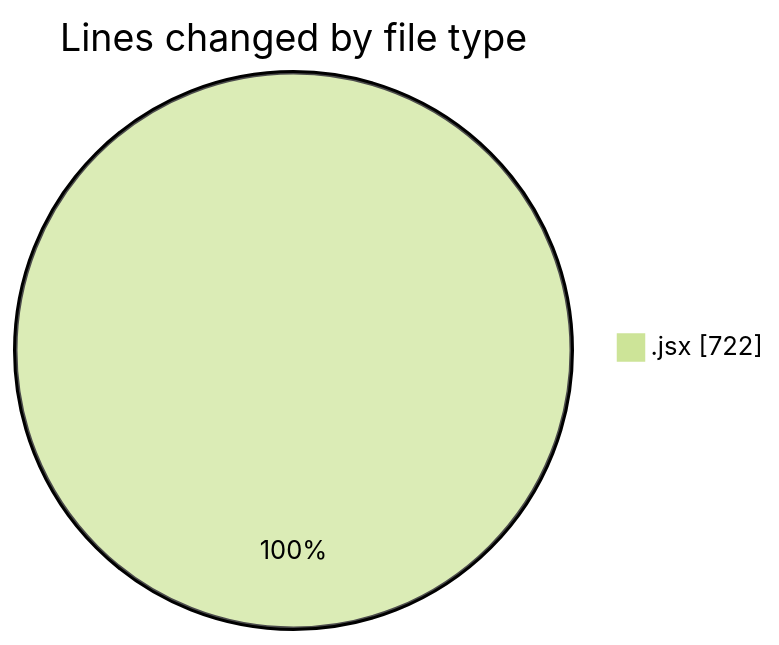
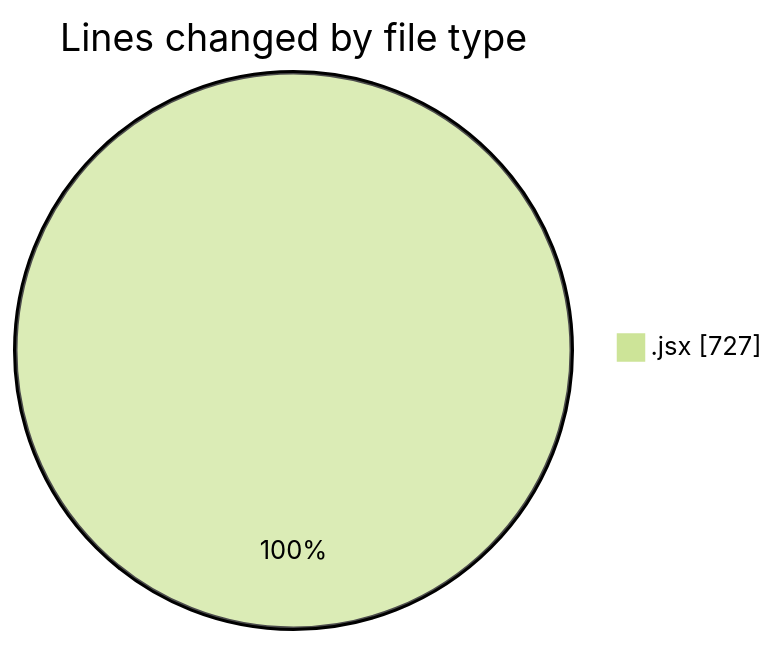
The first of 2 diagrams in 2025-02-24/elitesgpt/README.md (Elitesun/code-tracking), drawn with Mermaid (forest theme) before and after one commit. The commit also changed other lines of this file and 1 other file, not shown here.

````diff
--- a/2025-02-24/elitesgpt/README.md
+++ b/2025-02-24/elitesgpt/README.md
@@ -22,5 +22,5 @@
 ```mermaid
 pie showData
 title Lines changed by file type
-".jsx" : 722
+".jsx" : 727
 ```
````
